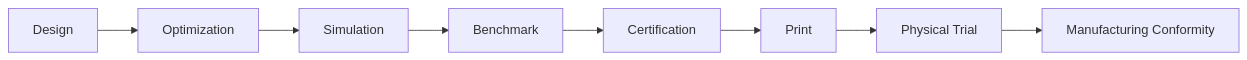
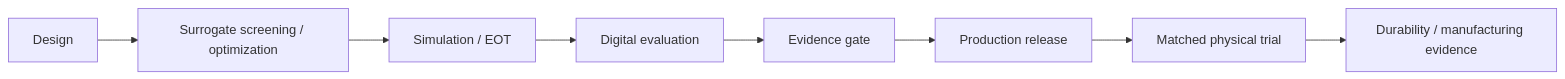
The first of 2 diagrams in README.md (ninja-ops-guy/adversarial-clothing-pipeline), drawn with Mermaid before and after one commit. The commit also changed other lines of this file, not shown here.

````diff
--- a/README.md
+++ b/README.md
@@ -9,10 +9,10 @@
 ```mermaid
 flowchart LR
-    A[Design] --> B[Optimization]
-    B --> C[Simulation]
-    C --> D[Benchmark]
-    D --> E[Certification]
-    E --> F[Print]
-    F --> G[Physical Trial]
-    G --> H[Manufacturing Conformity]
+    A[Design] --> B[Surrogate screening / optimization]
+    B --> C[Simulation / EOT]
+    C --> D[Digital evaluation]
+    D --> E[Evidence gate]
+    E --> F[Production release]
+    F --> G[Matched physical trial]
+    G --> H[Durability / manufacturing evidence]
 ```
````
